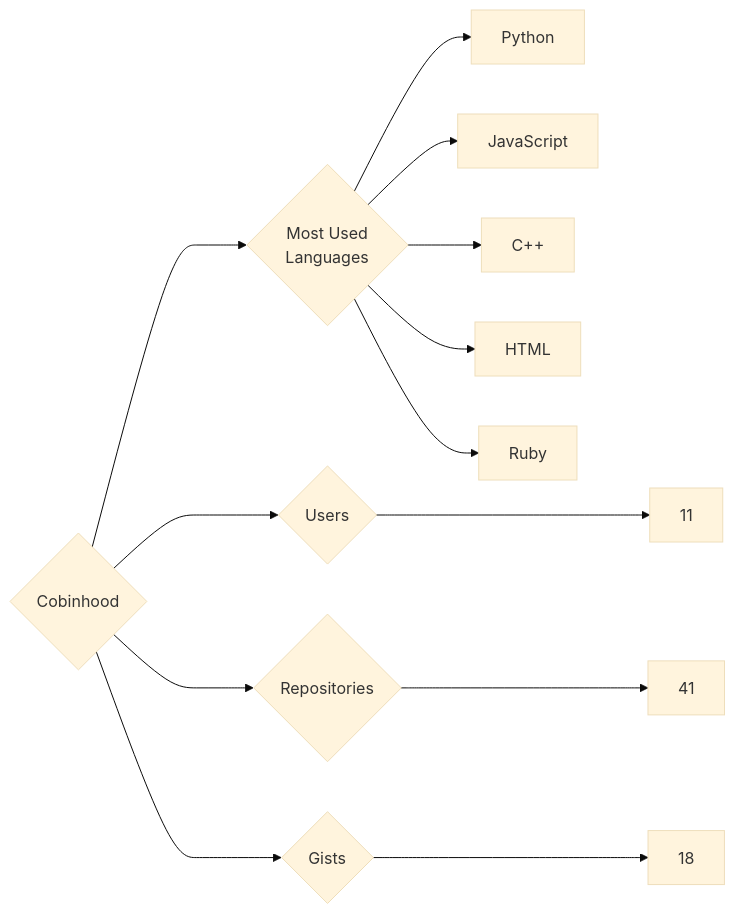
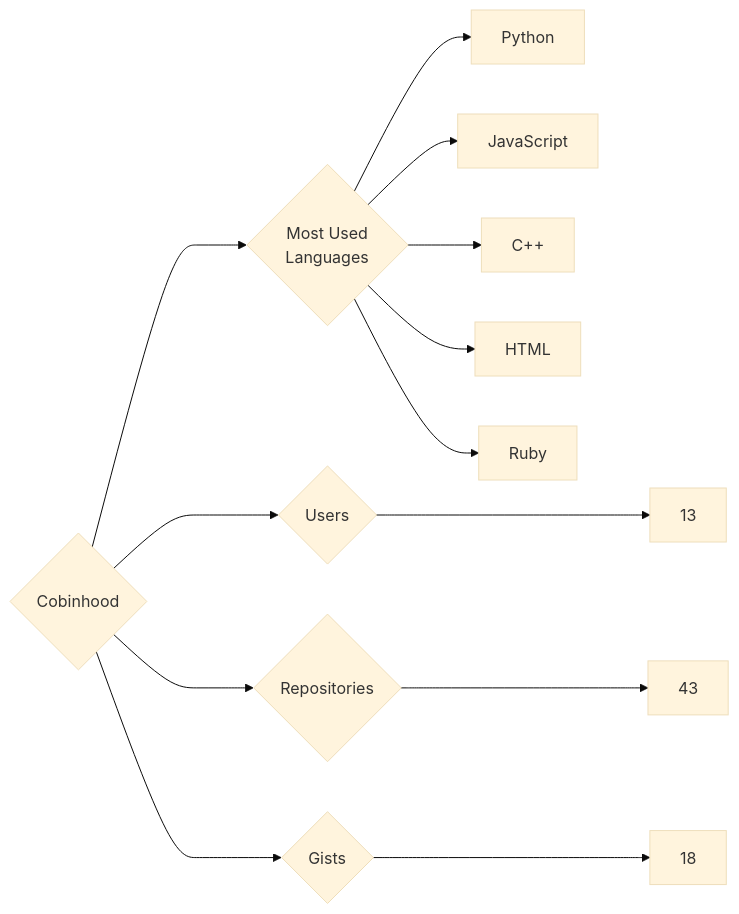
The diagram in targets/Cobinhood/README.md (trickest/insiders), drawn with Mermaid (base theme) before and after one commit. The commit also changed 815 other files, not shown here.

````diff
--- a/targets/Cobinhood/README.md
+++ b/targets/Cobinhood/README.md
@@ -3,13 +3,13 @@
 ```mermaid
 graph LR
 COMPANY_NAME{Cobinhood}
-COMPANY_NAME ---> U{Users} ---> UN[11]
-COMPANY_NAME ---> R{Repositories} ---> RN[41]
+COMPANY_NAME ---> U{Users} ---> UN[13]
+COMPANY_NAME ---> R{Repositories} ---> RN[43]
 COMPANY_NAME ---> G{Gists} ---> GN[18]
 COMPANY_NAME ---> ML{Most Used<br>Languages}
 ML --> Python[Python]
 ML --> JavaScript[JavaScript]
 ML --> C++[C++]
 ML --> HTML[HTML]
 ML --> Ruby[Ruby]
 ```
````
